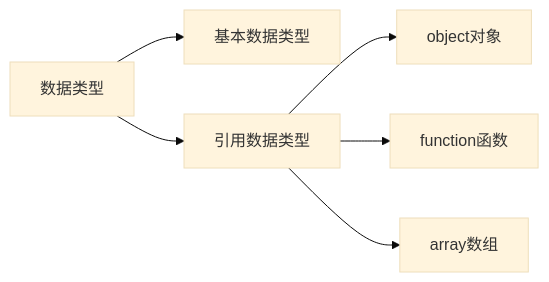
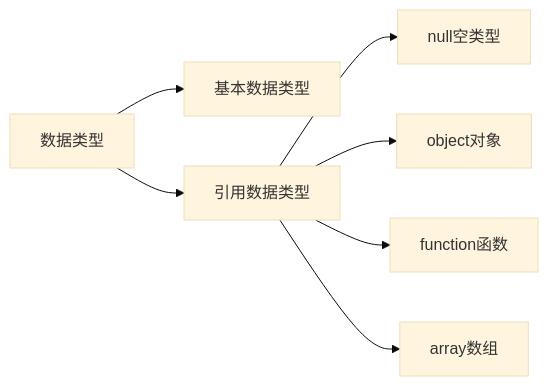
The diagram in js/a-base/09-对象.md (hughxusu/lesson-web), drawn with Mermaid (base theme) before and after one commit. The commit also changed other lines of this file and 6 other files, not shown here.

````diff
--- a/js/a-base/09-对象.md
+++ b/js/a-base/09-对象.md
@@ -265,8 +257,9 @@
 ```mermaid
 graph LR
 数据类型-->基本数据类型
 数据类型-->引用数据类型
+引用数据类型-->null空类型
 引用数据类型-->object对象
 引用数据类型-->function函数
 引用数据类型-->array数组
 ```
````
